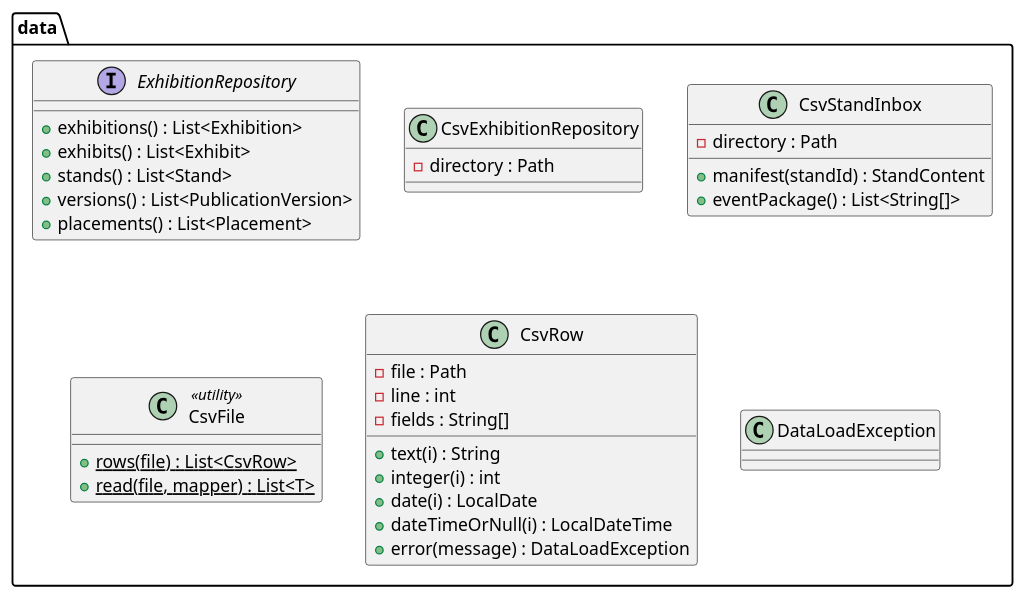
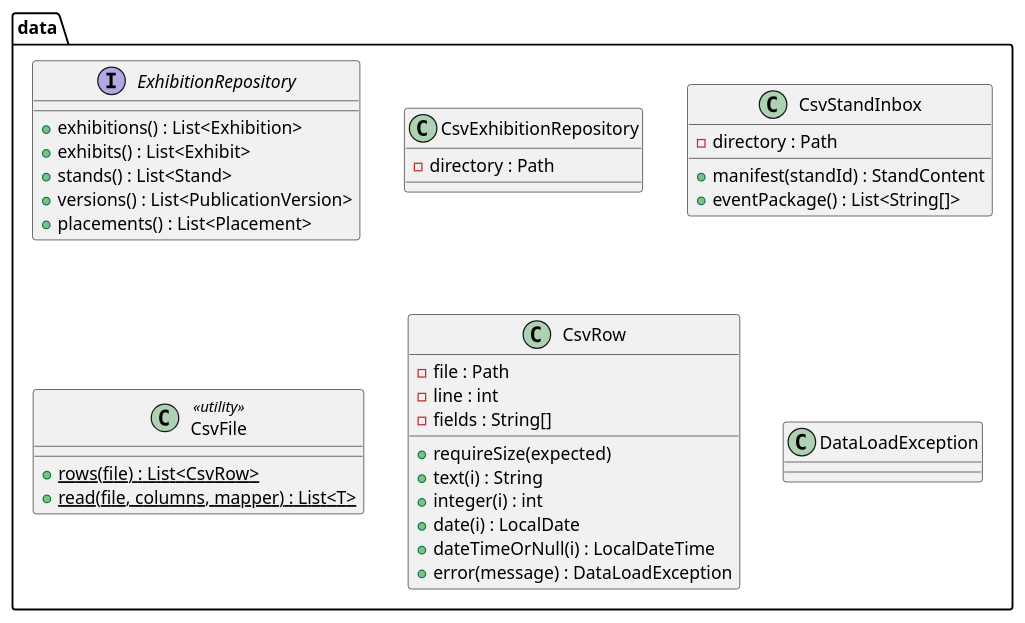
One commit to AlexIRKHIN/exhibition-center-AR changed the diagram in docs/uml/defs_data.iuml. Above: the diagram before and after it, drawn with PlantUML. The commit also changed 19 other files, not shown here.

```diff
--- a/docs/uml/defs_data.iuml
+++ b/docs/uml/defs_data.iuml
@@ -1,32 +1,33 @@
 package "data" {
   interface ExhibitionRepository {
     + exhibitions() : List<Exhibition>
     + exhibits() : List<Exhibit>
     + stands() : List<Stand>
     + versions() : List<PublicationVersion>
     + placements() : List<Placement>
   }
   class CsvExhibitionRepository {
     - directory : Path
   }
   class CsvStandInbox {
     - directory : Path
     + manifest(standId) : StandContent
     + eventPackage() : List<String[]>
   }
   class CsvFile <<utility>> {
     + {static} rows(file) : List<CsvRow>
-    + {static} read(file, mapper) : List<T>
+    + {static} read(file, columns, mapper) : List<T>
   }
   class CsvRow {
     - file : Path
     - line : int
     - fields : String[]
+    + requireSize(expected)
     + text(i) : String
     + integer(i) : int
     + date(i) : LocalDate
     + dateTimeOrNull(i) : LocalDateTime
     + error(message) : DataLoadException
   }
   class DataLoadException
 }
```
